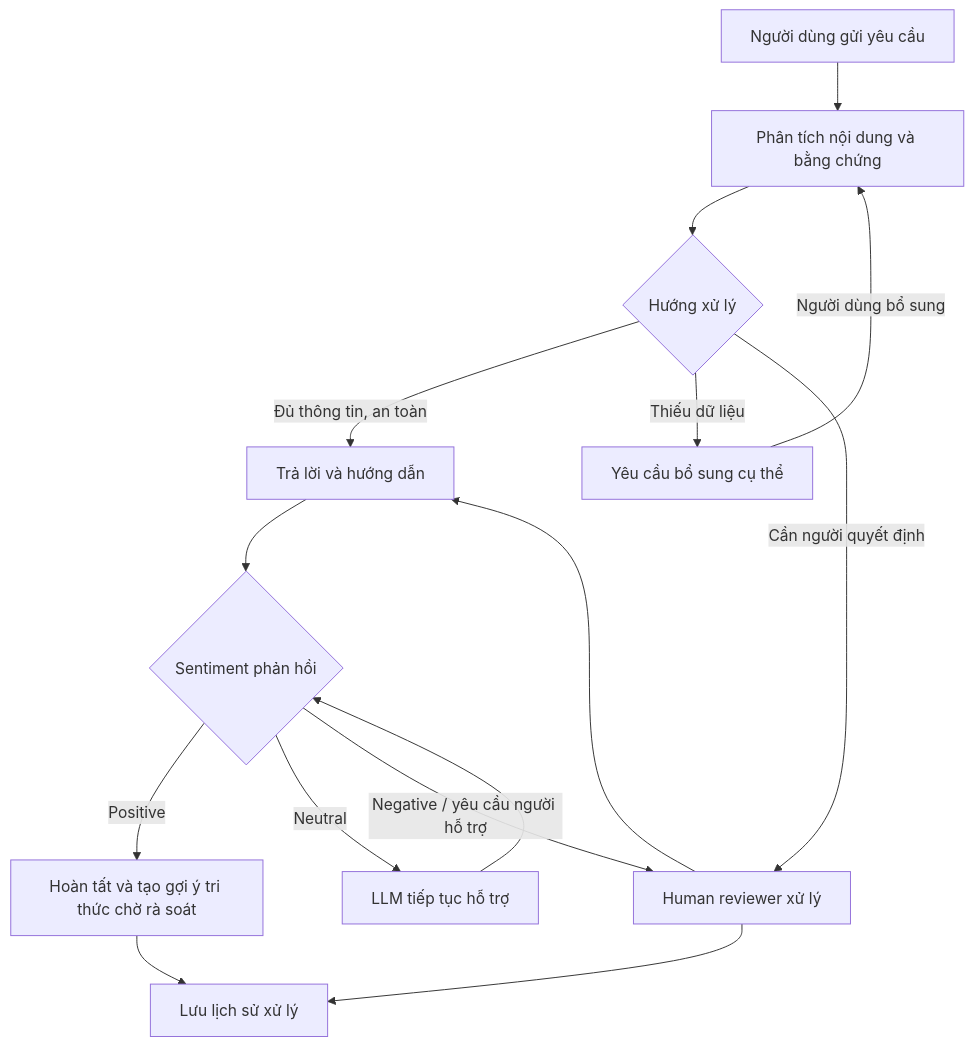
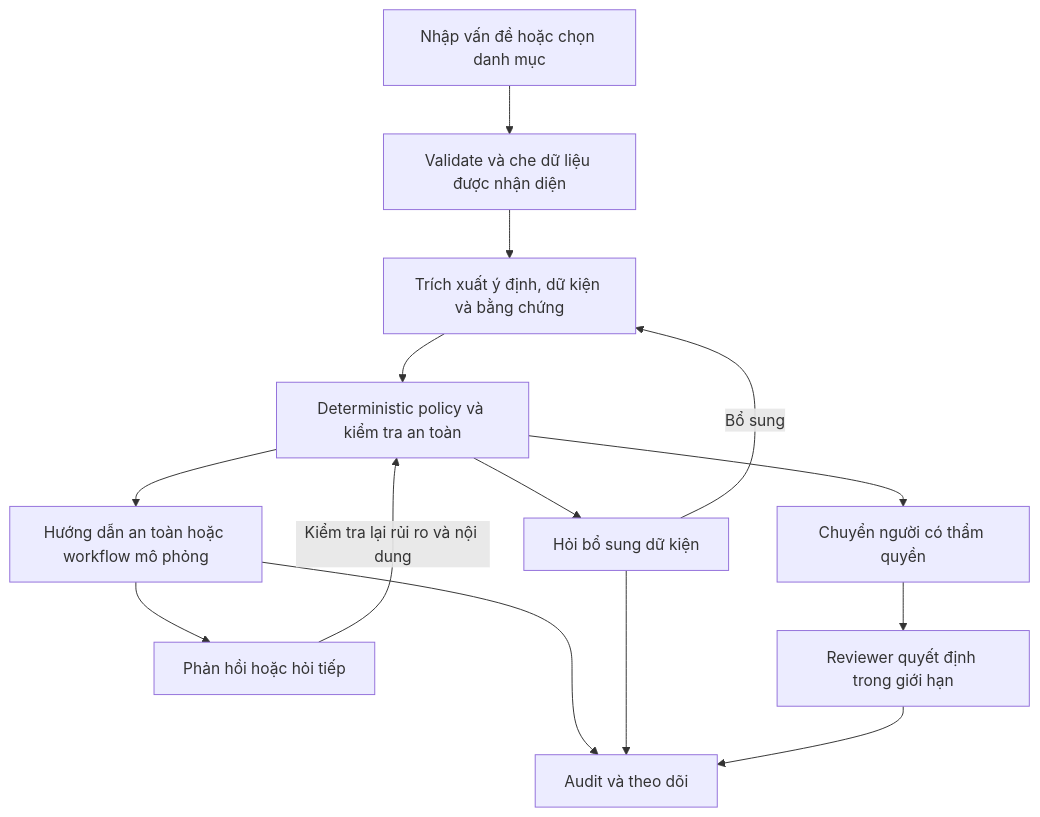
Before and after one commit to dakiemdarktharr/DOCRELAY_MLAI2026: the diagram in README.md, drawn with Mermaid. The commit also changed other lines of this file, not shown here.

````diff
--- a/README.md
+++ b/README.md
@@ -64,17 +60,16 @@
 ```mermaid
 flowchart TD
-    A[Người dùng gửi yêu cầu] --> B[Phân tích nội dung và bằng chứng]
-    B --> C{Hướng xử lý}
-    C -->|Đủ thông tin, an toàn| D[Trả lời và hướng dẫn]
-    C -->|Thiếu dữ liệu| E[Yêu cầu bổ sung cụ thể]
-    E -->|Người dùng bổ sung| B
-    C -->|Cần người quyết định| F[Human reviewer xử lý]
-    F --> D
-    D --> G{Sentiment phản hồi}
-    G -->|Positive| I[Hoàn tất và tạo gợi ý tri thức chờ rà soát]
-    G -->|Neutral| J[LLM tiếp tục hỗ trợ]
-    J --> G
-    G -->|Negative / yêu cầu người hỗ trợ| F
-    I --> H[Lưu lịch sử xử lý]
-    F --> H
+    A[Nhập vấn đề hoặc chọn danh mục] --> B[Validate và che dữ liệu được nhận diện]
+    B --> C[Trích xuất ý định, dữ kiện và bằng chứng]
+    C --> D[Deterministic policy và kiểm tra an toàn]
+    D --> E[Hướng dẫn an toàn hoặc workflow mô phỏng]
+    D --> F[Hỏi bổ sung dữ kiện]
+    D --> G[Chuyển người có thẩm quyền]
+    F -->|Bổ sung| C
+    E --> H[Phản hồi hoặc hỏi tiếp]
+    H -->|Kiểm tra lại rủi ro và nội dung| D
+    G --> I[Reviewer quyết định trong giới hạn]
+    E --> J[Audit và theo dõi]
+    F --> J
+    I --> J
 ```
````
